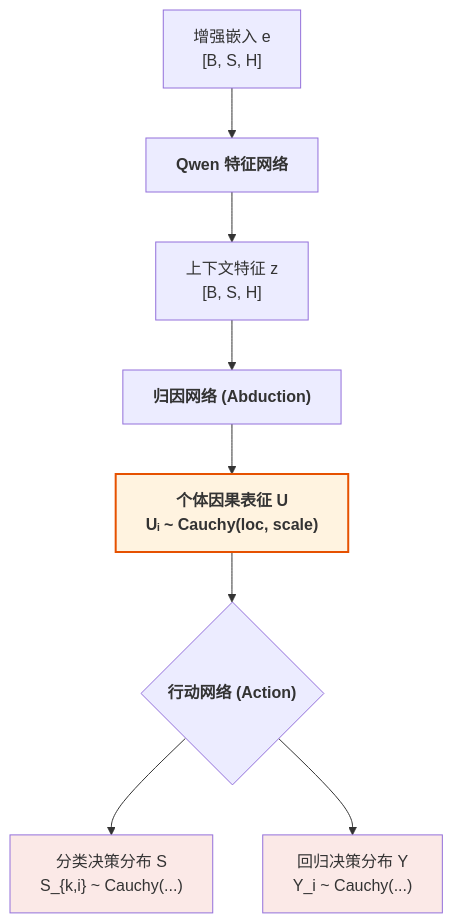
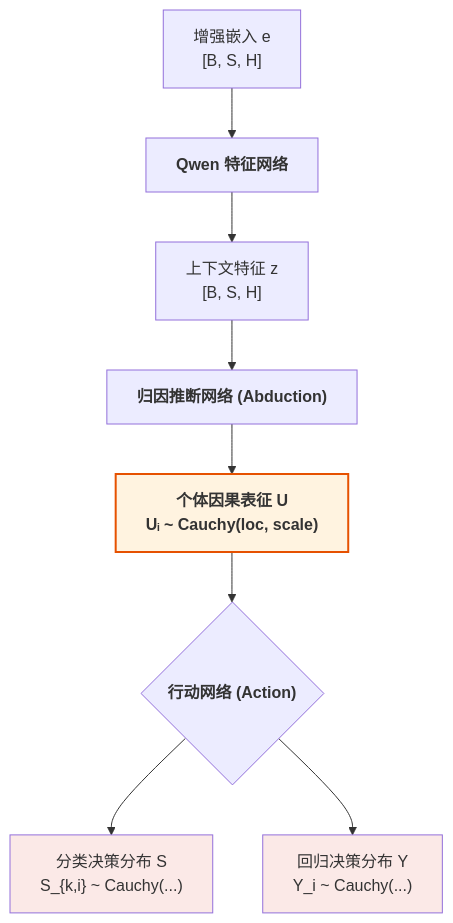
Before and after one commit to 1587causalai/CausalQwen: the third of 8 diagrams in docs/mathematical_foundations.md, drawn with Mermaid. The commit also changed 3 other files, not shown here.

````diff
--- a/docs/mathematical_foundations.md
+++ b/docs/mathematical_foundations.md
@@ -353,15 +353,15 @@
 ```mermaid
 graph TD
     A["增强嵌入 e<br>[B, S, H]"] --> B["<b>Qwen 特征网络</b>"];
     B --> C["上下文特征 z<br>[B, S, H]"];
-    C --> D["<b>归因网络 (Abduction)</b>"];
+    C --> D["<b>归因推断网络 (Abduction)</b>"];
     D --> E["<b>个体因果表征 U<br>Uᵢ ~ Cauchy(loc, scale)</b>"];
     
     E --> F{"<b>行动网络 (Action)</b>"};
     F --> G["分类决策分布 S<br>S_{k,i} ~ Cauchy(...)"];
     F --> H["回归决策分布 Y<br>Y_i ~ Cauchy(...)"];
 
     style E fill:#fff3e0,stroke:#e65100,stroke-width:2px
     style G fill:#fbe9e7
     style H fill:#fbe9e7
 ```
````
